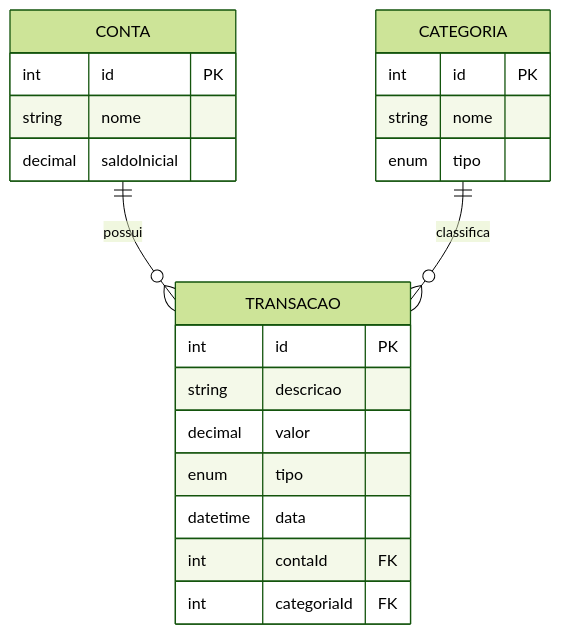
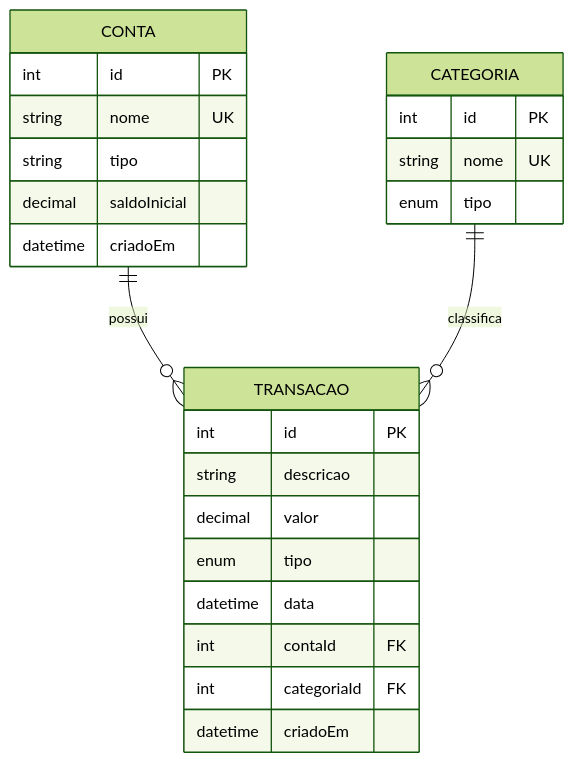
The diagram in docs/DER.md (PK55-eng/Controle-Fianceiro), drawn with Mermaid (forest theme) before and after one commit. The commit also changed other lines of this file and 1 other file, not shown here.

````diff
--- a/docs/DER.md
+++ b/docs/DER.md
@@ -2,8 +14,30 @@
 ```mermaid
 erDiagram
- CONTA ||--o{ TRANSACAO : possui
- CATEGORIA ||--o{ TRANSACAO : classifica
- CONTA { int id PK string nome decimal saldoInicial }
- CATEGORIA { int id PK string nome enum tipo }
- TRANSACAO { int id PK string descricao decimal valor enum tipo datetime data int contaId FK int categoriaId FK }
+    CONTA ||--o{ TRANSACAO : possui
+    CATEGORIA ||--o{ TRANSACAO : classifica
+
+    CONTA {
+        int id PK
+        string nome UK
+        string tipo
+        decimal saldoInicial
+        datetime criadoEm
+    }
+
+    CATEGORIA {
+        int id PK
+        string nome UK
+        enum tipo
+    }
+
+    TRANSACAO {
+        int id PK
+        string descricao
+        decimal valor
+        enum tipo
+        datetime data
+        int contaId FK
+        int categoriaId FK
+        datetime criadoEm
+    }
 ```
````
